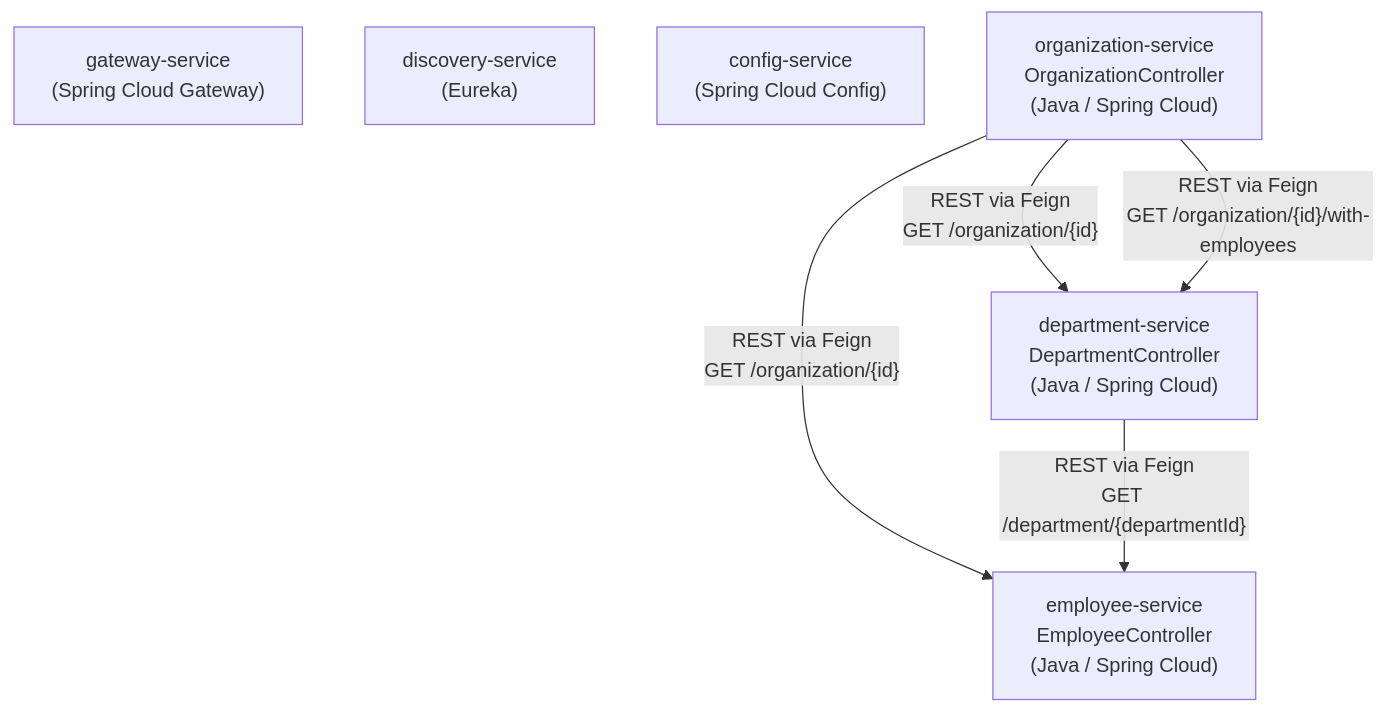
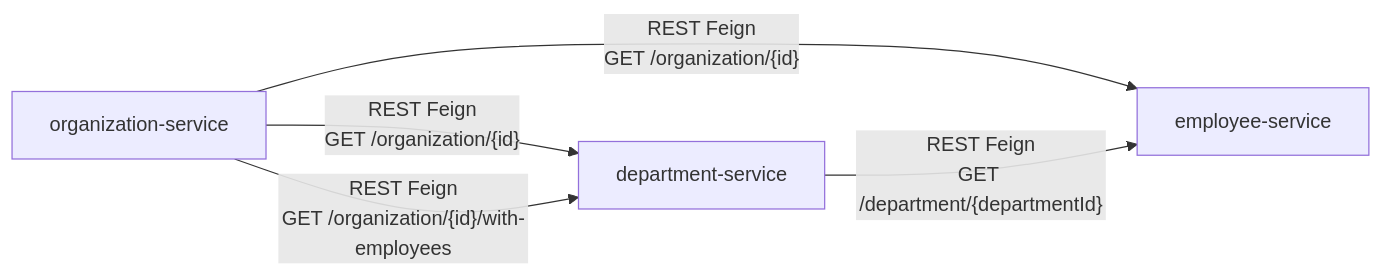
One commit to EmbedFlow-MicroserviceDecomposition/metric-analysis changed the diagram in doc/CallGraph_MS031.md. Above: the diagram before and after it, drawn with Mermaid. The commit also changed other lines of this file and 9 other files, not shown here.

First line of the commit message:
refactor(ground_truth): keep only inter-microservice interfaces in exposed_interfaces and update call graph docs

````diff
--- a/doc/CallGraph_MS031.md
+++ b/doc/CallGraph_MS031.md
@@ -18,15 +18,11 @@
 ```mermaid
-flowchart TD
-    GW["gateway-service\n(Spring Cloud Gateway)"]
-    DISC["discovery-service\n(Eureka)"]
-    CFG["config-service\n(Spring Cloud Config)"]
+flowchart LR
+    ORG["organization-service"]
+    DEPT["department-service"]
+    EMP["employee-service"]
 
-    ORG["organization-service\nOrganizationController\n(Java / Spring Cloud)"]
-    DEPT["department-service\nDepartmentController\n(Java / Spring Cloud)"]
-    EMP["employee-service\nEmployeeController\n(Java / Spring Cloud)"]
-
-    ORG -->|"REST via Feign\nGET /organization/{id}"| DEPT
-    ORG -->|"REST via Feign\nGET /organization/{id}/with-employees"| DEPT
-    ORG -->|"REST via Feign\nGET /organization/{id}"| EMP
-    DEPT -->|"REST via Feign\nGET /department/{departmentId}"| EMP
+    ORG -->|"REST Feign\nGET /organization/{id}"| DEPT
+    ORG -->|"REST Feign\nGET /organization/{id}/with-employees"| DEPT
+    ORG -->|"REST Feign\nGET /organization/{id}"| EMP
+    DEPT -->|"REST Feign\nGET /department/{departmentId}"| EMP
 ```
````
